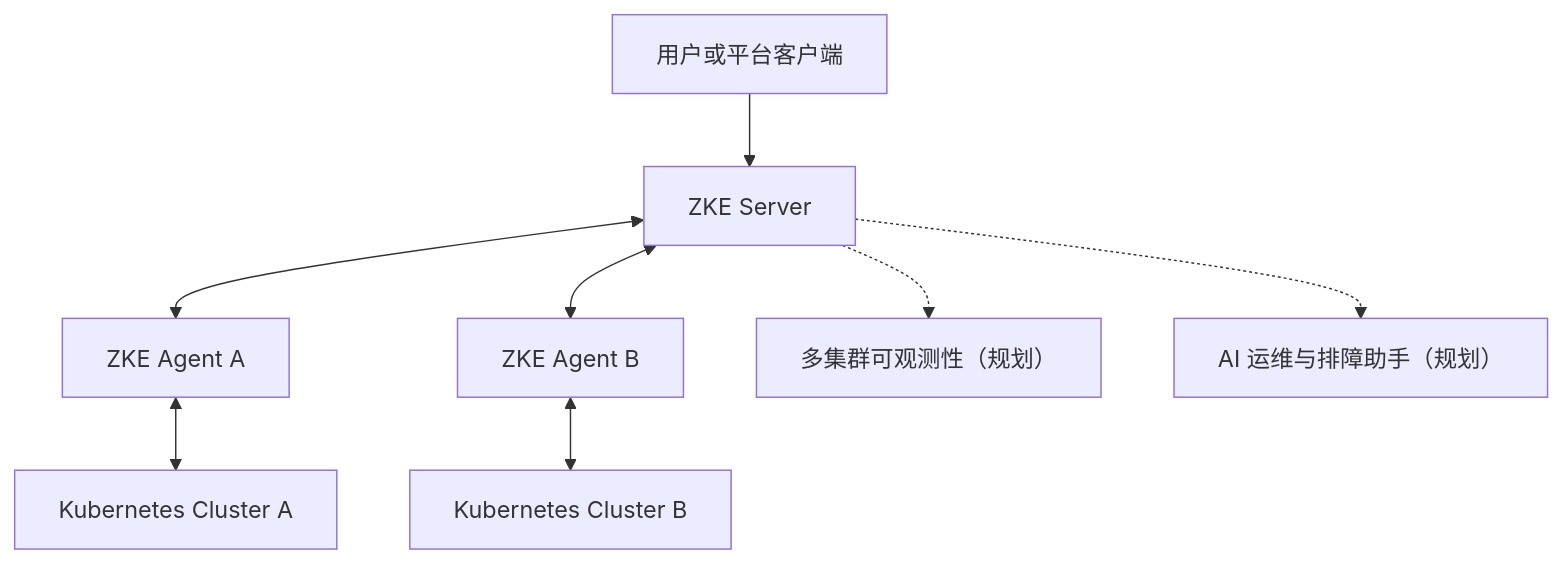
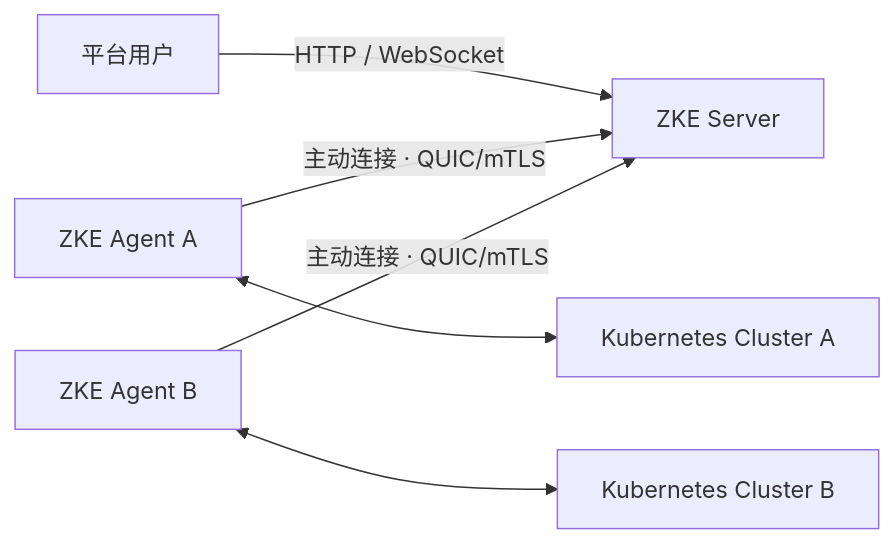
The diagram in README.md (togettoyou/zke), drawn with Mermaid before and after one commit. The commit also changed other lines of this file, not shown here.

````diff
--- a/README.md
+++ b/README.md
@@ -48,10 +90,8 @@
 ```mermaid
-flowchart TB
-    User["用户或平台客户端"] --> Server["ZKE Server"]
-    Server <--> AgentA["ZKE Agent A"]
-    Server <--> AgentB["ZKE Agent B"]
+flowchart LR
+    User["平台用户"] -->|"HTTP / WebSocket"| Server["ZKE Server"]
+    AgentA["ZKE Agent A"] -->|"主动连接 · QUIC/mTLS"| Server
+    AgentB["ZKE Agent B"] -->|"主动连接 · QUIC/mTLS"| Server
     AgentA <--> ClusterA["Kubernetes Cluster A"]
     AgentB <--> ClusterB["Kubernetes Cluster B"]
-    Server -.-> Observability["多集群可观测性（规划）"]
-    Server -.-> Copilot["AI 运维与排障助手（规划）"]
 ```
````
